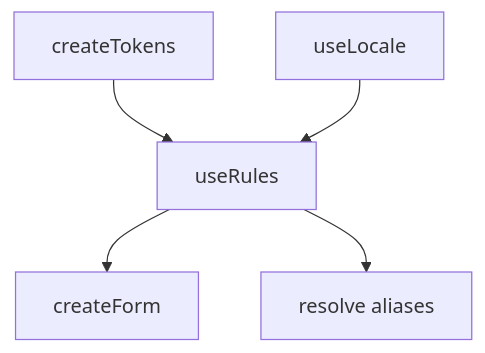
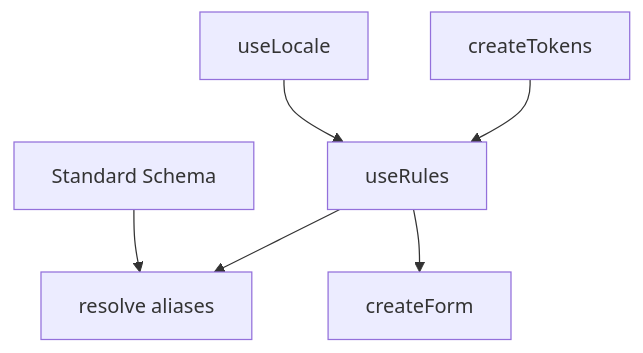
The diagram in apps/docs/src/pages/composables/plugins/use-rules.md (vuetifyjs/0), drawn with Mermaid before and after one commit. The commit also changed other lines of this file and 15 other files, not shown here.

First line of the commit message:
feat(useRules): replace Zod/Yup adapters with Standard Schema

````diff
--- a/apps/docs/src/pages/composables/plugins/use-rules.md
+++ b/apps/docs/src/pages/composables/plugins/use-rules.md
@@ -199,7 +298,8 @@
 ```mermaid "Rules Architecture"
 flowchart TD
   createTokens --> useRules
   useLocale --> useRules
+  useRules --> resolve[resolve aliases]
   useRules --> createForm
-  useRules --> resolve[resolve aliases]
+  StandardSchema[Standard Schema] --> resolve
 ```
````
